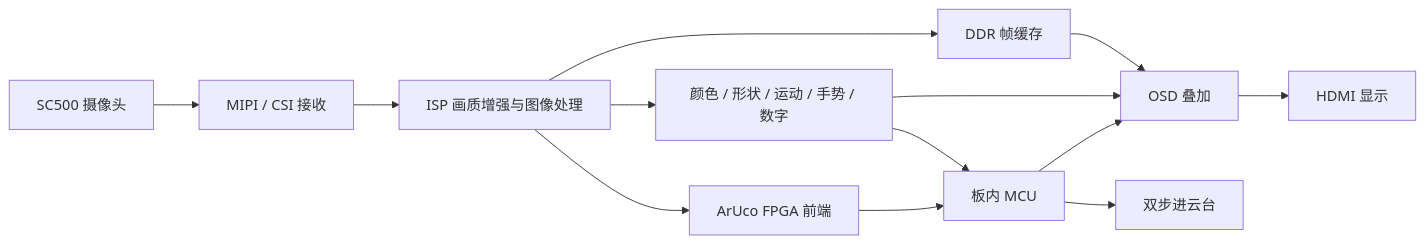
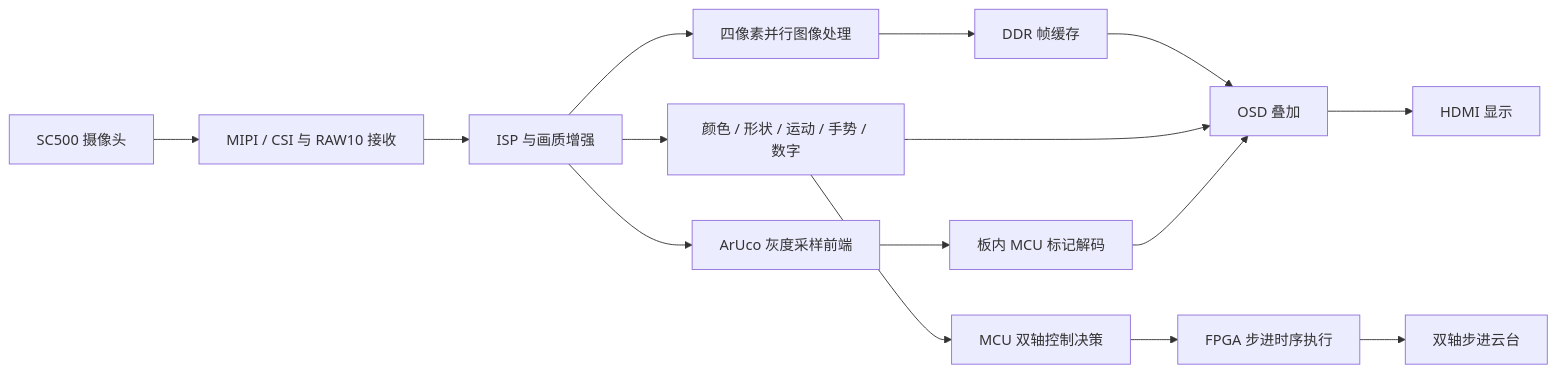
Before and after one commit to Wooohaaa/anlogic-vision-system: the diagram in README.md, drawn with Mermaid. The commit also changed other lines of this file and 1 other file, not shown here.

````diff
--- a/README.md
+++ b/README.md
@@ -18,15 +41,17 @@
 ```mermaid
 flowchart LR
-    A[SC500 摄像头] --> B[MIPI / CSI 接收]
-    B --> C[ISP 画质增强与图像处理]
-    C --> D[DDR 帧缓存]
-    D --> E[OSD 叠加]
-    E --> F[HDMI 显示]
-    C --> G[颜色 / 形状 / 运动 / 手势 / 数字]
-    G --> E
-    C --> H[ArUco FPGA 前端]
-    H --> I[板内 MCU]
-    I --> E
-    G --> I
-    I --> J[双步进云台]
+    A[SC500 摄像头] --> B[MIPI / CSI 与 RAW10 接收]
+    B --> C[ISP 与画质增强]
+    C --> D[四像素并行图像处理]
+    D --> E[DDR 帧缓存]
+    E --> F[OSD 叠加]
+    F --> G[HDMI 显示]
+    C --> H[颜色 / 形状 / 运动 / 手势 / 数字]
+    H --> F
+    C --> I[ArUco 灰度采样前端]
+    I --> J[板内 MCU 标记解码]
+    J --> F
+    H --> K[MCU 双轴控制决策]
+    K --> L[FPGA 步进时序执行]
+    L --> M[双轴步进云台]
 ```
````
